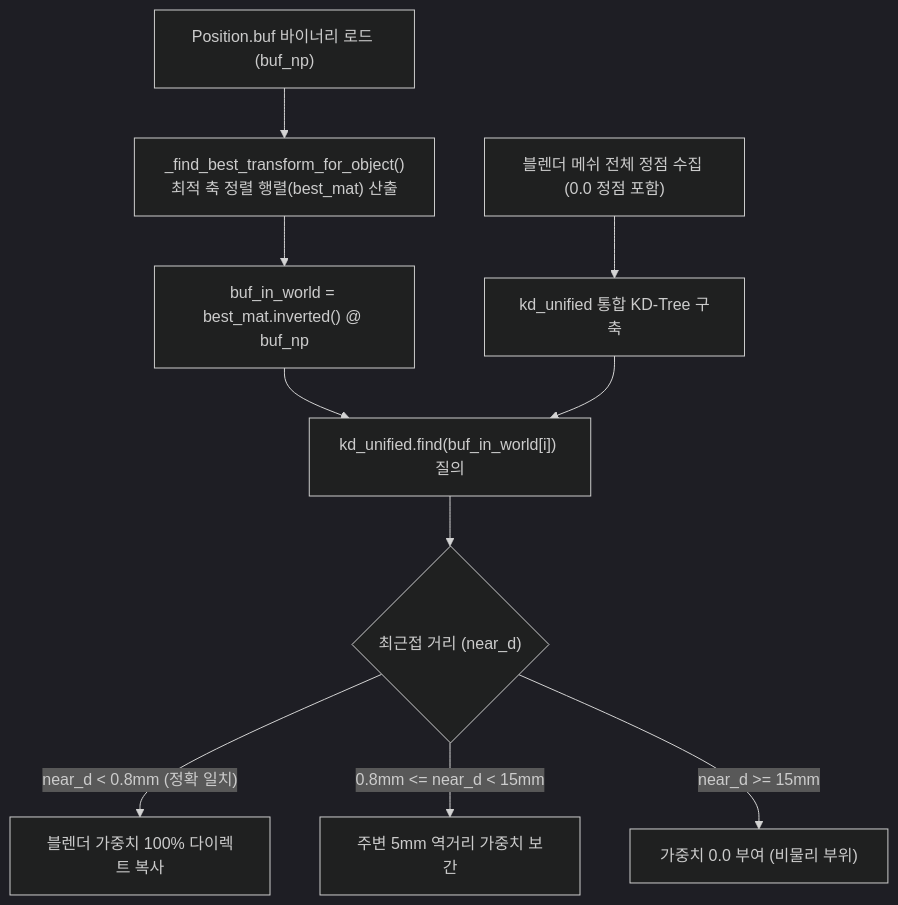
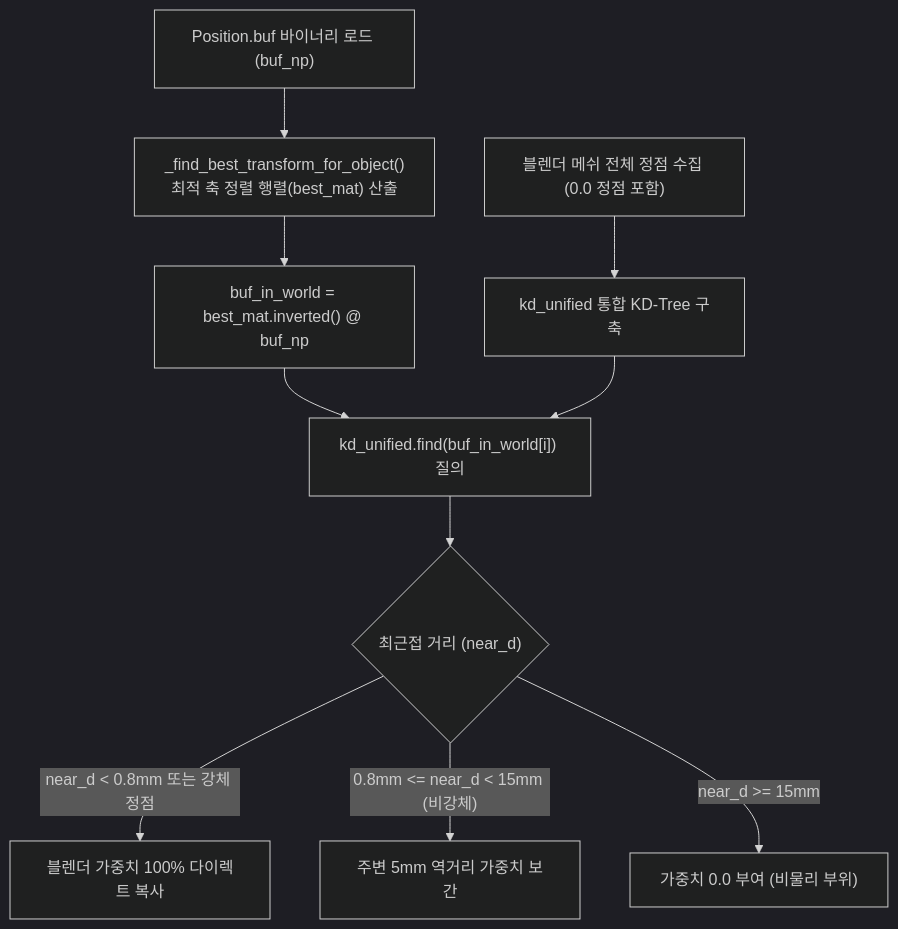
Before and after one commit to DPN-dpn/XXMI-Custom-Physics: the diagram in docs/INJECTOR_PIPELINE.md, drawn with Mermaid (dark theme). The commit also changed other lines of this file and 4 other files, not shown here.

````diff
--- a/docs/INJECTOR_PIPELINE.md
+++ b/docs/INJECTOR_PIPELINE.md
@@ -23,12 +23,12 @@
 ```mermaid
 flowchart TD
     A["블렌더 메쉬 전체 정점 수집 (0.0 정점 포함)"] --> B["kd_unified 통합 KD-Tree 구축"]
     C["Position.buf 바이너리 로드 (buf_np)"] --> D["_find_best_transform_for_object()<br/>최적 축 정렬 행렬(best_mat) 산출"]
     D --> E["buf_in_world = best_mat.inverted() @ buf_np"]
     E --> F["kd_unified.find(buf_in_world[i]) 질의"]
     B --> F
     F --> G{"최근접 거리 (near_d)"}
-    G -- "near_d < 0.8mm (정확 일치)" --> H["블렌더 가중치 100% 다이렉트 복사"]
-    G -- "0.8mm <= near_d < 15mm" --> I["주변 5mm 역거리 가중치 보간"]
+    G -- "near_d < 0.8mm 또는 강체 정점" --> H["블렌더 가중치 100% 다이렉트 복사"]
+    G -- "0.8mm <= near_d < 15mm (비강체)" --> I["주변 5mm 역거리 가중치 보간"]
     G -- "near_d >= 15mm" --> J["가중치 0.0 부여 (비물리 부위)"]
 ```
````
